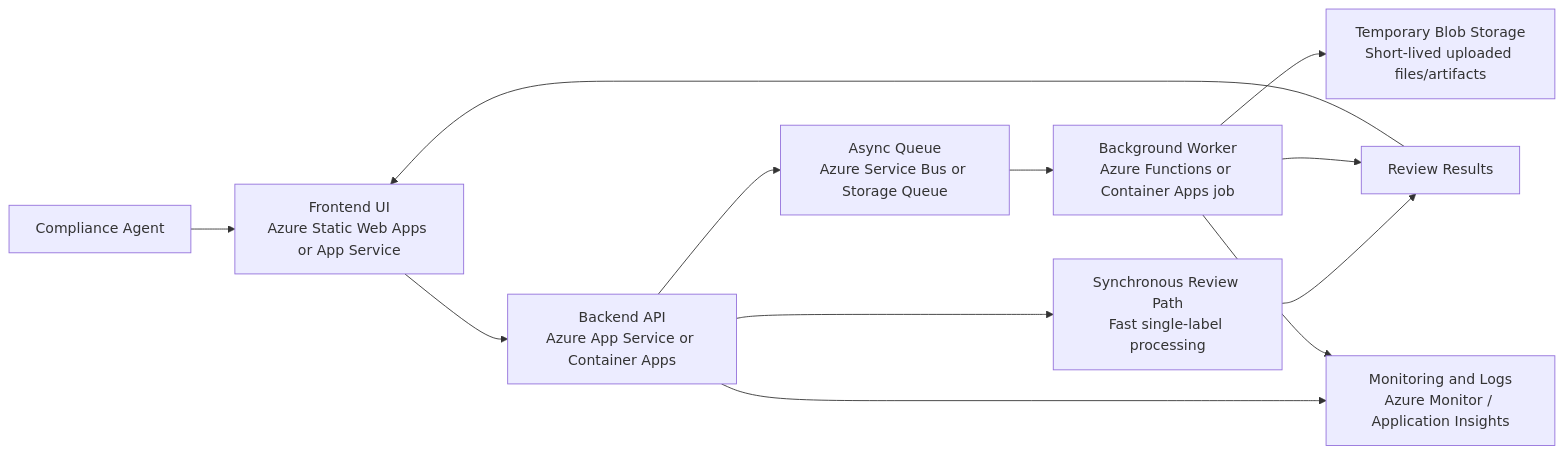
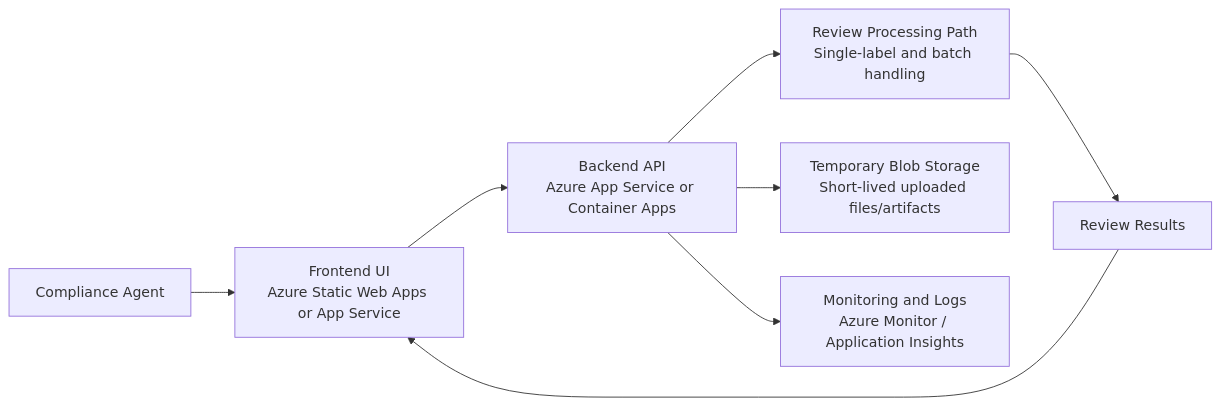
Before and after one commit to TerryMinal/treasury-take-home: the diagram in REQUIREMENTS.md, drawn with Mermaid. The commit also changed other lines of this file and 1 other file, not shown here.

````diff
--- a/REQUIREMENTS.md
+++ b/REQUIREMENTS.md
@@ -225,18 +213,13 @@
 ```mermaid
 flowchart LR
     U["Compliance Agent"] --> F["Frontend UI<br/>Azure Static Web Apps or App Service"]
     F --> A["Backend API<br/>Azure App Service or Container Apps"]
 
-    A --> S["Synchronous Review Path<br/>Fast single-label processing"]
-    A --> Q["Async Queue<br/>Azure Service Bus or Storage Queue"]
-
-    Q --> W["Background Worker<br/>Azure Functions or Container Apps job"]
-    W --> B["Temporary Blob Storage<br/>Short-lived uploaded files/artifacts"]
+    A --> S["Review Processing Path<br/>Single-label and batch handling"]
+    A --> B["Temporary Blob Storage<br/>Short-lived uploaded files/artifacts"]
 
     S --> R["Review Results"]
-    W --> R
     R --> F
 
     A --> M["Monitoring and Logs<br/>Azure Monitor / Application Insights"]
-    W --> M
 ```
````
